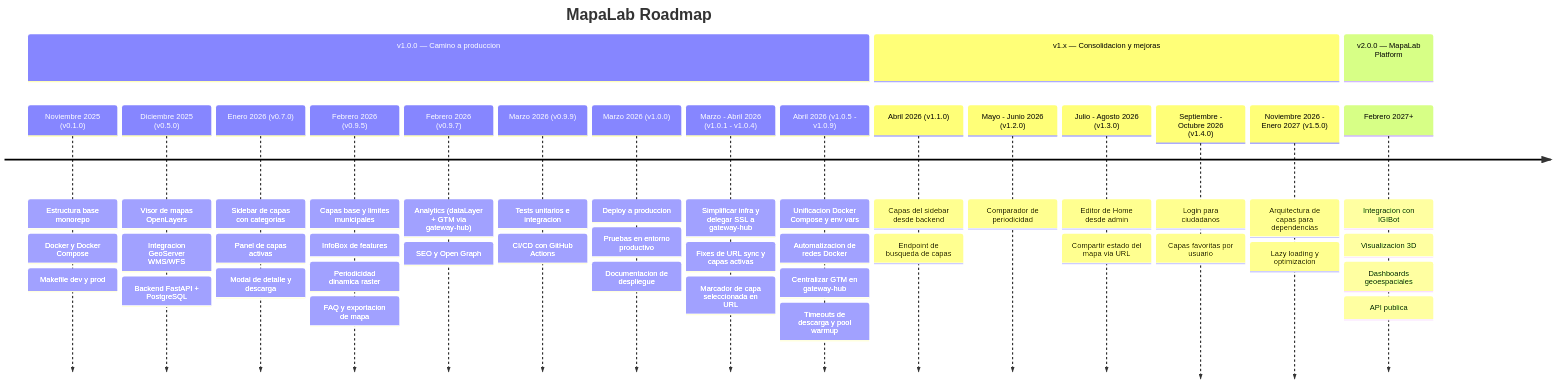
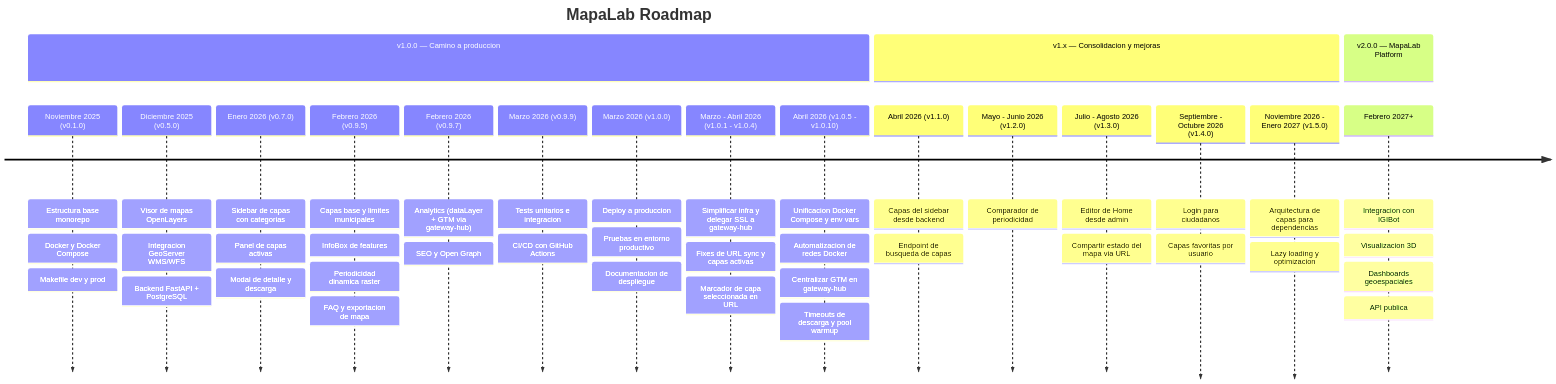
Before and after one commit to iieg-oficial/mapalab: the diagram in docs/roadmap.md, drawn with Mermaid. The commit also changed other lines of this file and 5 other files, not shown here.

````diff
--- a/docs/roadmap.md
+++ b/docs/roadmap.md
@@ -5,62 +5,62 @@
 ```mermaid
 timeline
     title MapaLab Roadmap
     section v1.0.0 — Camino a produccion
         Noviembre 2025 (v0.1.0)
             : Estructura base monorepo
             : Docker y Docker Compose
             : Makefile dev y prod
         Diciembre 2025 (v0.5.0)
             : Visor de mapas OpenLayers
             : Integracion GeoServer WMS/WFS
             : Backend FastAPI + PostgreSQL
         Enero 2026 (v0.7.0)
             : Sidebar de capas con categorias
             : Panel de capas activas
             : Modal de detalle y descarga
         Febrero 2026 (v0.9.5)
             : Capas base y limites municipales
             : InfoBox de features
             : Periodicidad dinamica raster
             : FAQ y exportacion de mapa
         Febrero 2026 (v0.9.7)
             : Analytics (dataLayer + GTM via gateway-hub)
             : SEO y Open Graph
         Marzo 2026 (v0.9.9)
             : Tests unitarios e integracion
             : CI/CD con GitHub Actions
         Marzo 2026 (v1.0.0)
             : Deploy a produccion
             : Pruebas en entorno productivo
             : Documentacion de despliegue
         Marzo - Abril 2026 (v1.0.1 - v1.0.4)
             : Simplificar infra y delegar SSL a gateway-hub
             : Fixes de URL sync y capas activas
             : Marcador de capa seleccionada en URL
-        Abril 2026 (v1.0.5 - v1.0.9)
+        Abril 2026 (v1.0.5 - v1.0.10)
             : Unificacion Docker Compose y env vars
             : Automatizacion de redes Docker
             : Centralizar GTM en gateway-hub
             : Timeouts de descarga y pool warmup
     section v1.x — Consolidacion y mejoras
         Abril 2026 (v1.1.0)
             : Capas del sidebar desde backend
             : Endpoint de busqueda de capas
         Mayo - Junio 2026 (v1.2.0)
             : Comparador de periodicidad
         Julio - Agosto 2026 (v1.3.0)
             : Editor de Home desde admin
             : Compartir estado del mapa via URL
         Septiembre - Octubre 2026 (v1.4.0)
             : Login para ciudadanos
             : Capas favoritas por usuario
         Noviembre 2026 - Enero 2027 (v1.5.0)
             : Arquitectura de capas para dependencias
             : Lazy loading y optimizacion
     section v2.0.0 — MapaLab Platform
         Febrero 2027+
             : Integracion con IGIBot
             : Visualizacion 3D
             : Dashboards geoespaciales
             : API publica
 ```
````
